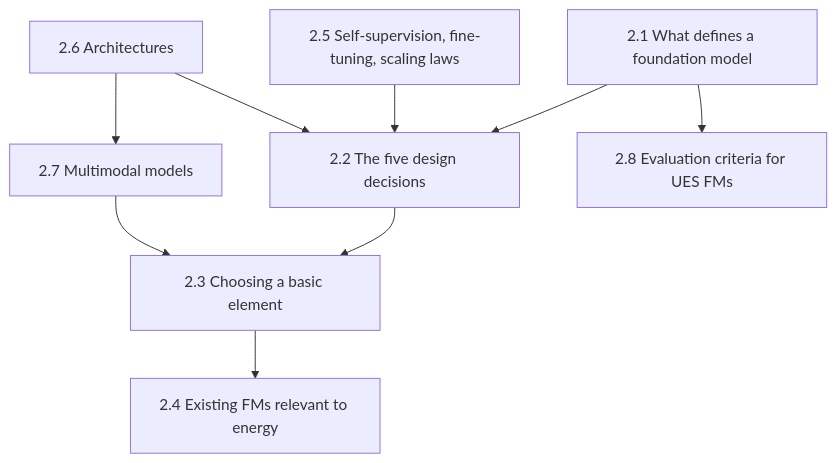
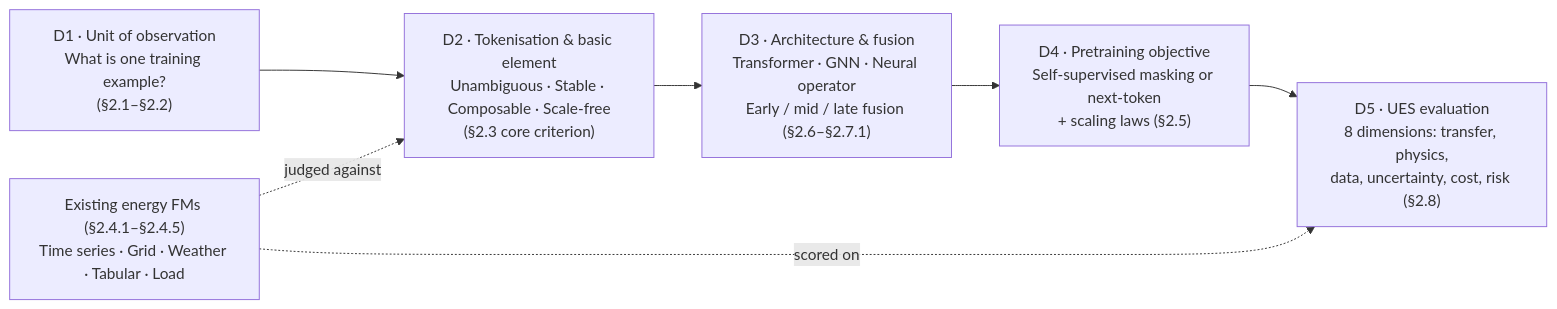
The diagram in chapter-2-fm-foundations/index.md (BartonChenTW/FM4UES), drawn with Mermaid before and after one commit. The commit also changed other lines of this file and 28 other files, not shown here.

Commit message:
Release v3.4: heat pumps in §3.7, energy fusion in §2.7.1, chapter diagrams, tool & G9 citations, and consistency fixes

````diff
--- a/chapter-2-fm-foundations/index.md
+++ b/chapter-2-fm-foundations/index.md
@@ -17,11 +17,11 @@
 ```mermaid
-flowchart TD
-    A["2.1 What defines a foundation model"] --> B["2.2 The five design decisions"]
-    B --> C["2.3 Choosing a basic element"]
-    C --> D["2.4 Existing FMs relevant to energy"]
-    F["2.5 Self-supervision, fine-tuning, scaling laws"] --> B
-    G["2.6 Architectures"] --> B
-    G --> H["2.7 Multimodal models"]
-    H --> C
-    A --> I["2.8 Evaluation criteria for UES FMs"]
+flowchart LR
+    D1["D1 · Unit of observation<br/>What is one training example?<br/>(§2.1–§2.2)"]
+    D2["D2 · Tokenisation & basic element<br/>Unambiguous · Stable · Composable · Scale-free<br/>(§2.3 core criterion)"]
+    D3["D3 · Architecture & fusion<br/>Transformer · GNN · Neural operator<br/>Early / mid / late fusion (§2.6–§2.7.1)"]
+    D4["D4 · Pretraining objective<br/>Self-supervised masking or next-token<br/>+ scaling laws (§2.5)"]
+    D5["D5 · UES evaluation<br/>8 dimensions: transfer, physics,<br/>data, uncertainty, cost, risk (§2.8)"]
+    D1 --> D2 --> D3 --> D4 --> D5
+    S["Existing energy FMs (§2.4.1–§2.4.5)<br/>Time series · Grid · Weather · Tabular · Load"] -.->|"judged against"| D2
+    S -.->|"scored on"| D5
 ```
````
